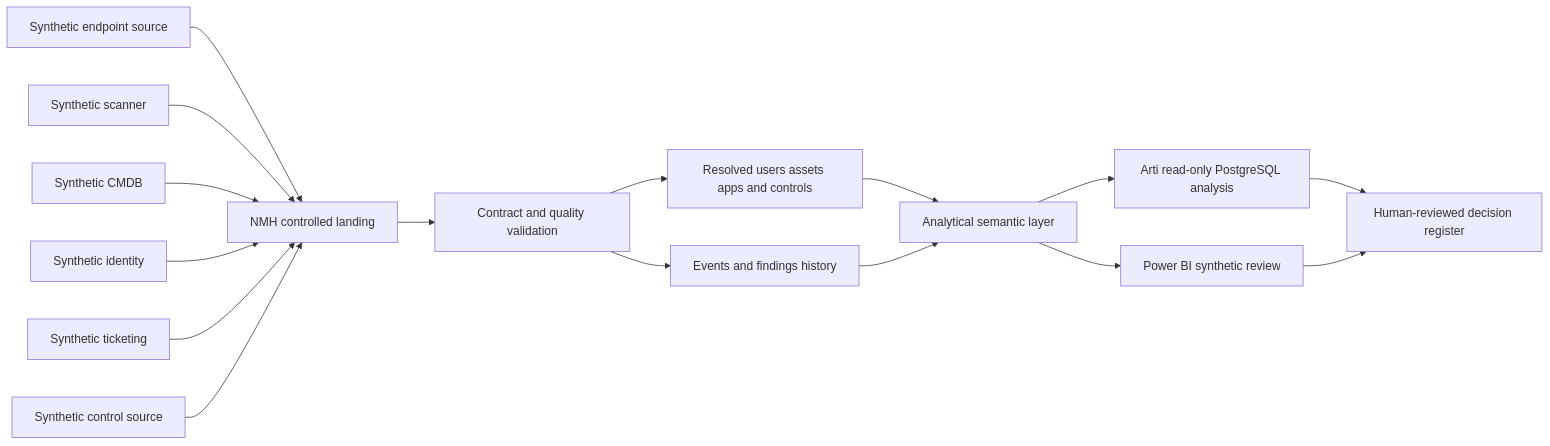
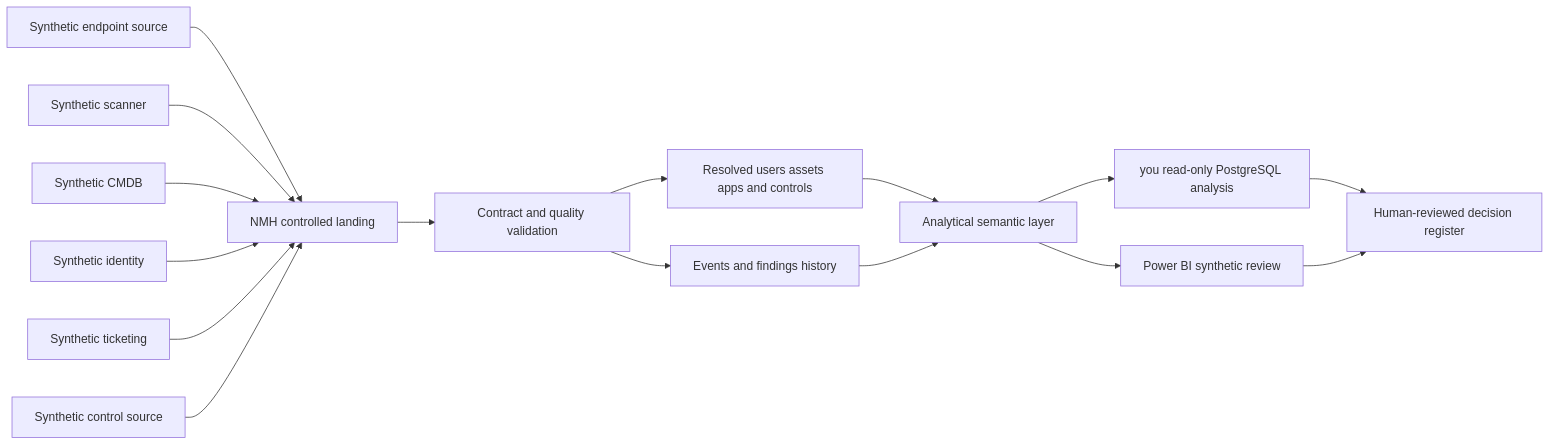
One commit to hichauhan-in/Interview-Prep changed diagram 15 of 16 in ZScaler Customer Success/prep/Part-43-security-data-literacy-lifecycle.md. Above: the diagram before and after it, drawn with Mermaid. The commit also changed other lines of this file and 493 other files, not shown here.

````diff
--- a/ZScaler Customer Success/prep/Part-43-security-data-literacy-lifecycle.md
+++ b/ZScaler Customer Success/prep/Part-43-security-data-literacy-lifecycle.md
@@ -693,18 +693,18 @@
 ```mermaid
 flowchart LR
     ENDPOINT[Synthetic endpoint source] --> LAND[NMH controlled landing]
     SCAN[Synthetic scanner] --> LAND
     CMDB[Synthetic CMDB] --> LAND
     IDP[Synthetic identity] --> LAND
     TICKET[Synthetic ticketing] --> LAND
     CONTROL[Synthetic control source] --> LAND
     LAND --> VALID[Contract and quality validation]
     VALID --> ENTITY[Resolved users assets apps and controls]
     VALID --> EVENTS[Events and findings history]
     ENTITY --> SEM[Analytical semantic layer]
     EVENTS --> SEM
-    SEM --> SQL[Arti read-only PostgreSQL analysis]
+    SEM --> SQL[you read-only PostgreSQL analysis]
     SEM --> PBI[Power BI synthetic review]
     SQL --> DECISION[Human-reviewed decision register]
     PBI --> DECISION
 ```
````
